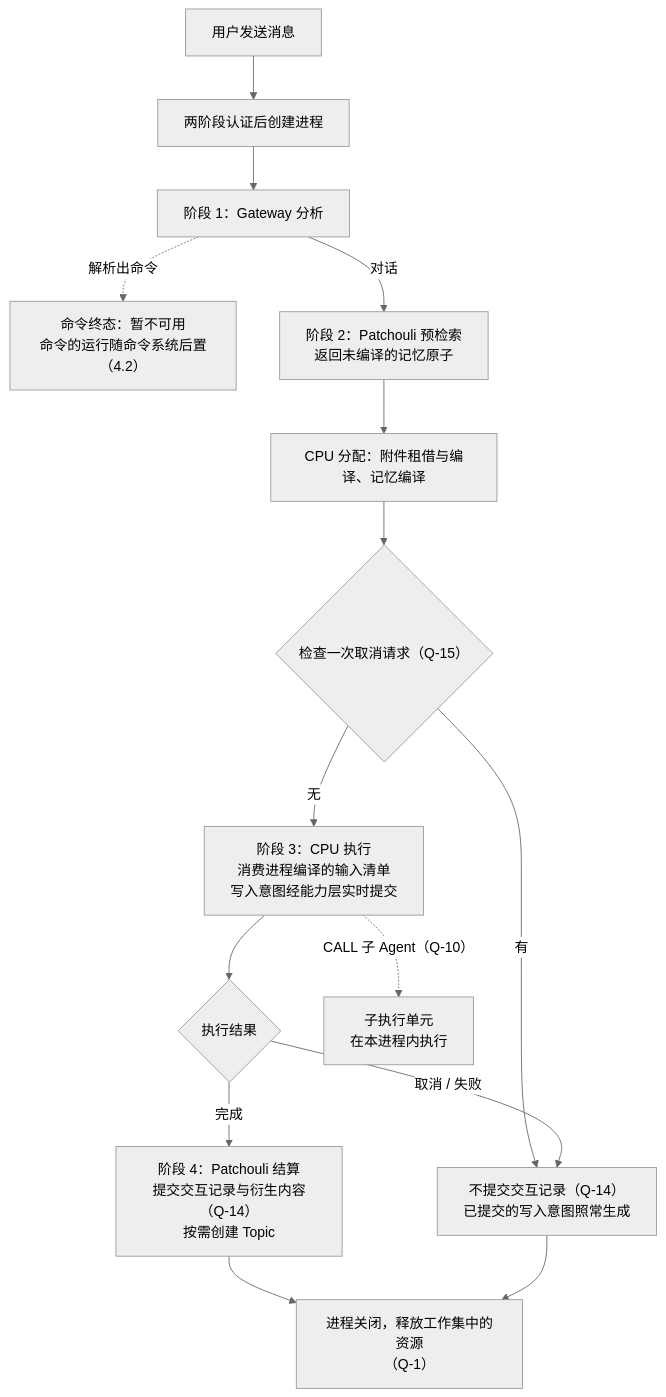
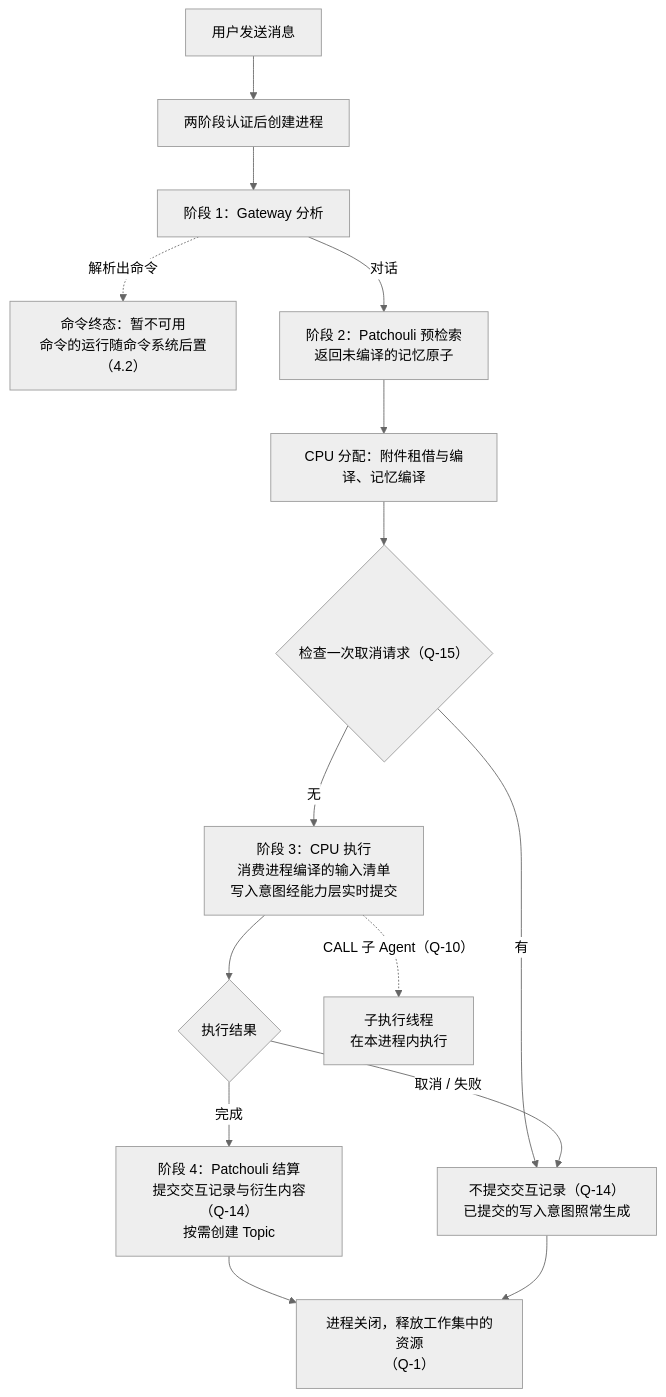
One commit to artemis03976/HiveMemory changed the fourth of 4 diagrams in docs/ideas/task-process-table-and-registration-entry.md. Above: the diagram before and after it, drawn with Mermaid (neutral theme). The commit also changed other lines of this file and 13 other files, not shown here.

````diff
--- a/docs/ideas/task-process-table-and-registration-entry.md
+++ b/docs/ideas/task-process-table-and-registration-entry.md
@@ -303,17 +306,17 @@
 ```mermaid
 flowchart TB
     A["用户发送消息"] --> B["两阶段认证后创建进程"]
     B --> C["阶段 1：Gateway 分析"]
     C -. "解析出命令" .-> K["命令终态：暂不可用<br/>命令的运行随命令系统后置（4.2）"]
     C -- "对话" --> D["阶段 2：Patchouli 预检索<br/>返回未编译的记忆原子"]
     D --> E["CPU 分配：附件租借与编译、记忆编译"]
     E --> X{"检查一次取消请求（Q-15）"}
     X -- "有" --> I
     X -- "无" --> F["阶段 3：CPU 执行<br/>消费进程编译的输入清单<br/>写入意图经能力层实时提交"]
     F --> G{"执行结果"}
     G -- "完成" --> H["阶段 4：Patchouli 结算<br/>提交交互记录与衍生内容（Q-14）<br/>按需创建 Topic"]
     G -- "取消 / 失败" --> I["不提交交互记录（Q-14）<br/>已提交的写入意图照常生成"]
     H --> J["进程关闭，释放工作集中的资源<br/>（Q-1）"]
     I --> J
-    F -. "CALL 子 Agent（Q-10）" .-> L["子执行单元<br/>在本进程内执行"]
+    F -. "CALL 子 Agent（Q-10）" .-> L["子执行线程<br/>在本进程内执行"]
 ```
````
